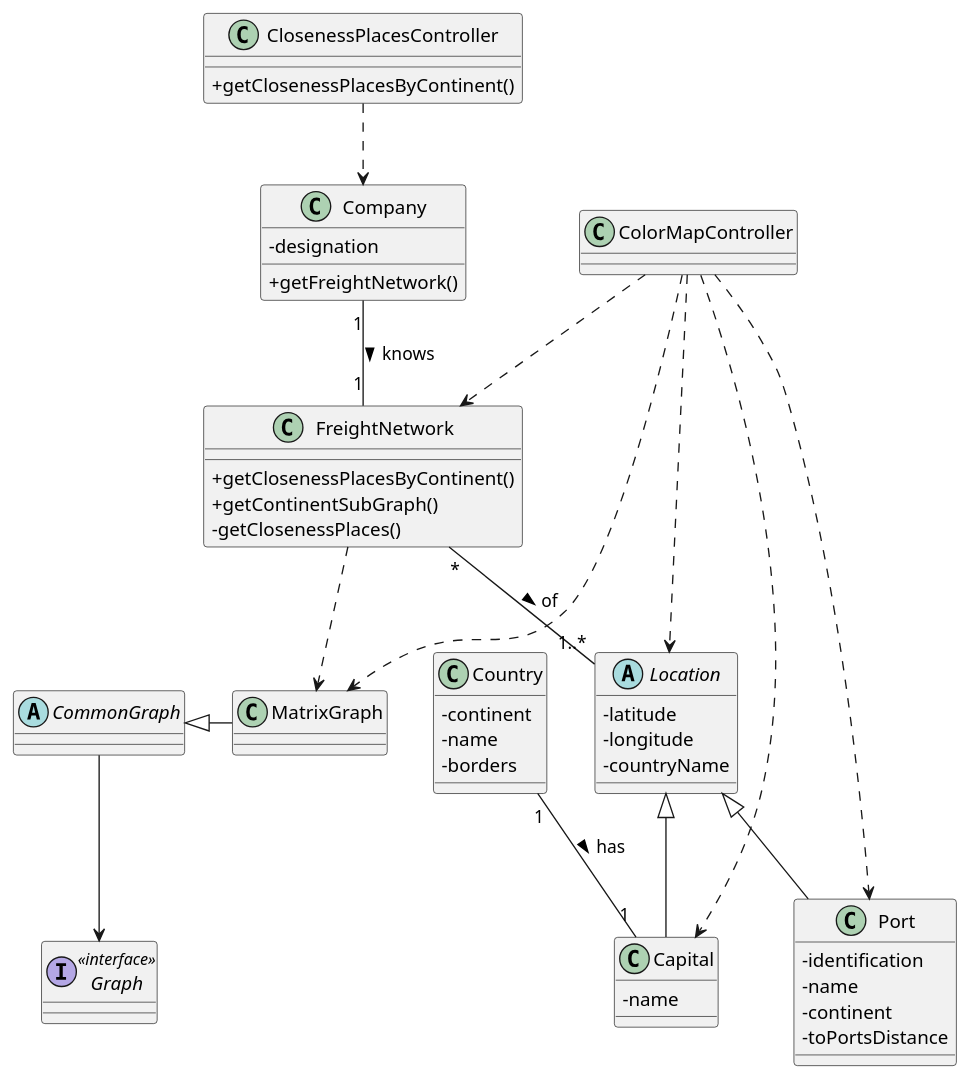
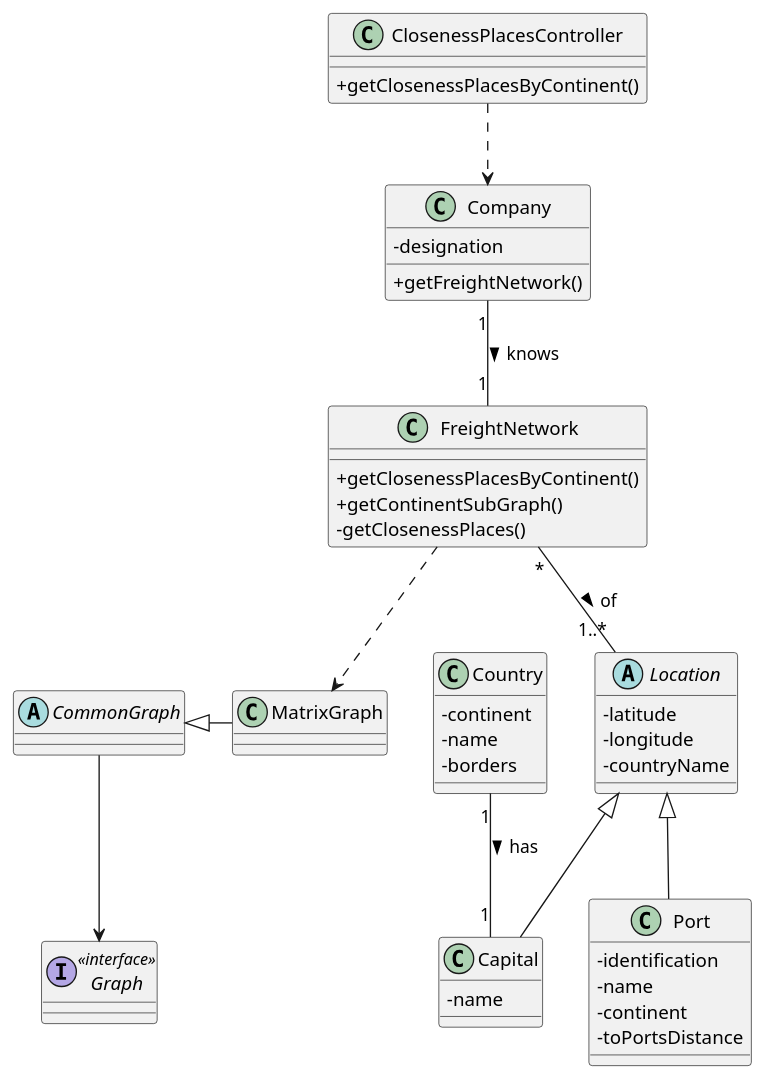
Before and after one commit to ana-albergaria/LAPR3-ISEP: the diagram in docs/Sprint 3/US303/US303_CD.puml, drawn with PlantUML. The commit also changed 4 other files, not shown here.

```diff
--- a/docs/Sprint 3/US303/US303_CD.puml
+++ b/docs/Sprint 3/US303/US303_CD.puml
@@ -1,65 +1,59 @@
 @startuml
 
 skinparam classAttributeIconSize 0
 
 class ClosenessPlacesController {
     +getClosenessPlacesByContinent()
 }
 
 class Company {
     -designation
     +getFreightNetwork()
 }
 
 class FreightNetwork {
     +getClosenessPlacesByContinent()
     +getContinentSubGraph()
     -getClosenessPlaces()
 }
 
 abstract class Location{
     -latitude
     -longitude
     -countryName
 }
 
 class Port {
     -identification
     -name
     -continent
     -toPortsDistance
 }
 
 class Capital {
     -name
 }
 
 class Country {
     -continent
     -name
     -borders
 }
 
 class MatrixGraph {}
 
 abstract class CommonGraph {}
 
 interface Graph <<interface>> {}
 
 ClosenessPlacesController ..> Company
 Company "1" -- "1" FreightNetwork : knows >
-ColorMapController ..> FreightNetwork
 Location <|-- Port
 Location <|-- Capital
 FreightNetwork "*" -- "1..*" Location : of >
 Country "1" -- "1" Capital : has >
 FreightNetwork ..> MatrixGraph
 CommonGraph <|- MatrixGraph
 CommonGraph --> Graph
-ColorMapController ..> Location
-ColorMapController ..> Capital
-ColorMapController ..> Port
-ColorMapController ..> MatrixGraph
-
 
 @enduml
```
